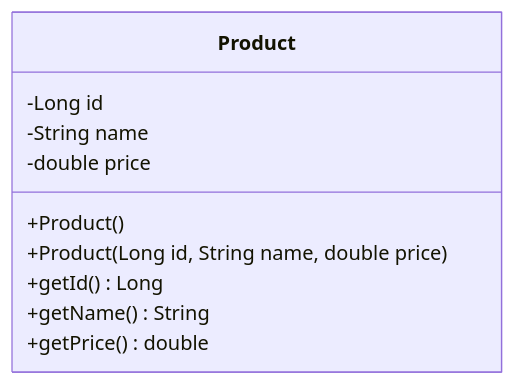
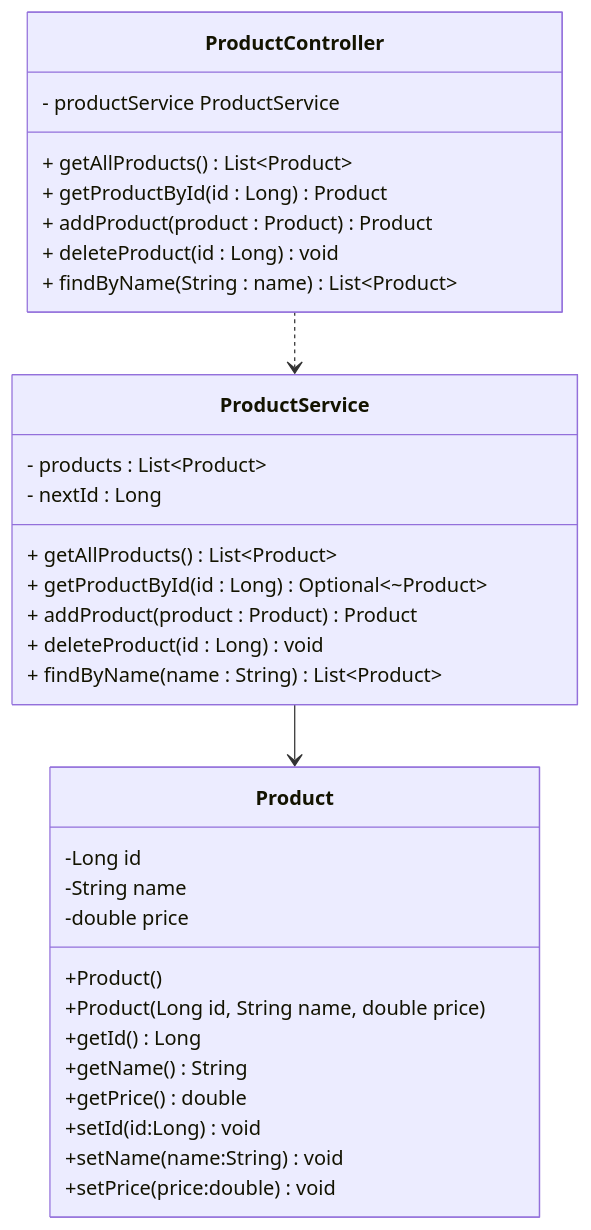
Before and after one commit to sathindu-thilakabandu/products-api: the diagram in docs/uml/Product.md, drawn with Mermaid. The commit also changed 3 other files, not shown here.

Commit message:
Tutorial 3: ProductService with List - four CRUD endpoints working

````diff
--- a/docs/uml/Product.md
+++ b/docs/uml/Product.md
@@ -1,13 +1,38 @@
 ```mermaid
 classDiagram
   class Product {
     -Long id
     -String name
     -double price
     +Product()
     +Product(Long id, String name, double price)
     +getId() Long
     +getName() String
     +getPrice() double
+    +setId(id:Long)void
+    +setName(name:String)void
+    +setPrice(price:double)void
   }
+    class ProductService {
+        - products : List~Product~
+        - nextId : Long
+        + getAllProducts()  List~Product~
+        + getProductById(id : Long)  Optional~~Product~
+        + addProduct(product : Product)  Product
+        + deleteProduct(id : Long)  void
+        + findByName(name : String)  List~Product~
+    }
+    class ProductController {
+        - productService  ProductService
+        + getAllProducts()  List~Product~
+        + getProductById(id : Long)  Product
+        + addProduct(product : Product)  Product
+        + deleteProduct(id : Long)  void
+        + findByName (String : name) List~Product~
+    }
+    ProductController ..> ProductService
+    ProductService --> Product
+    
+    
+  
 ```
````
